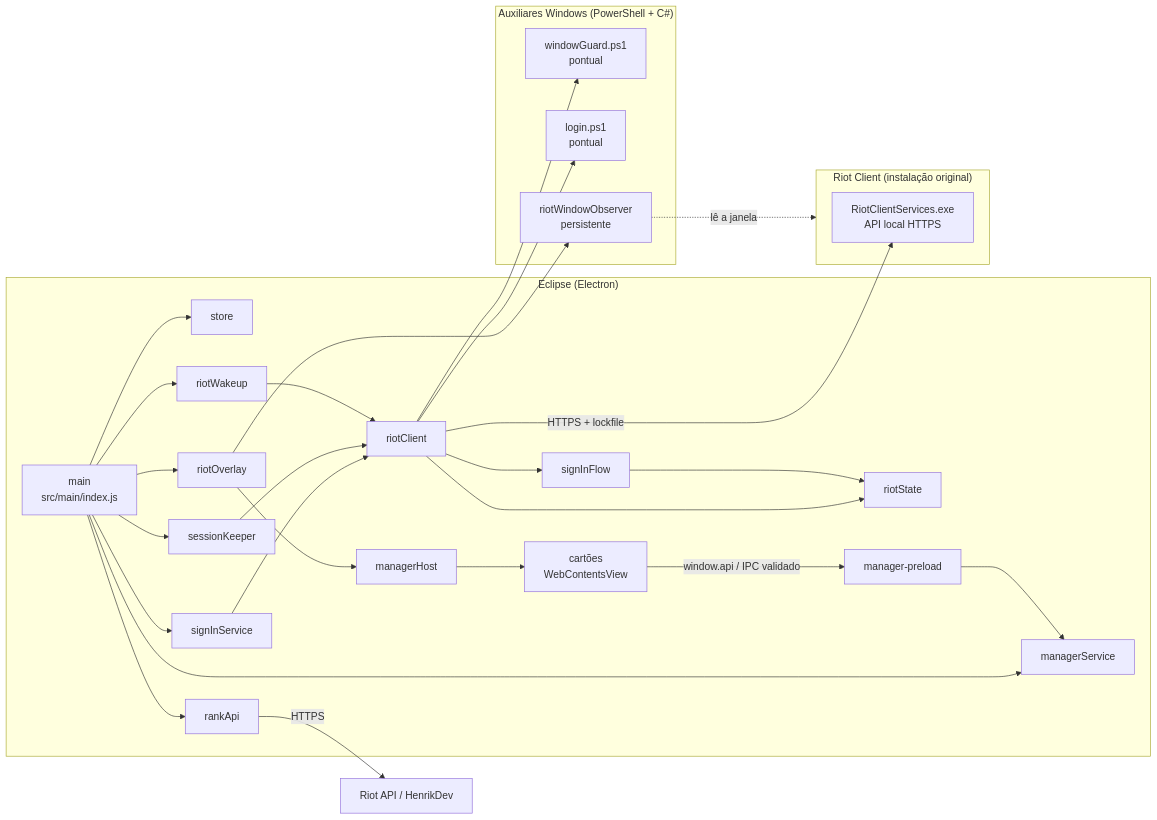
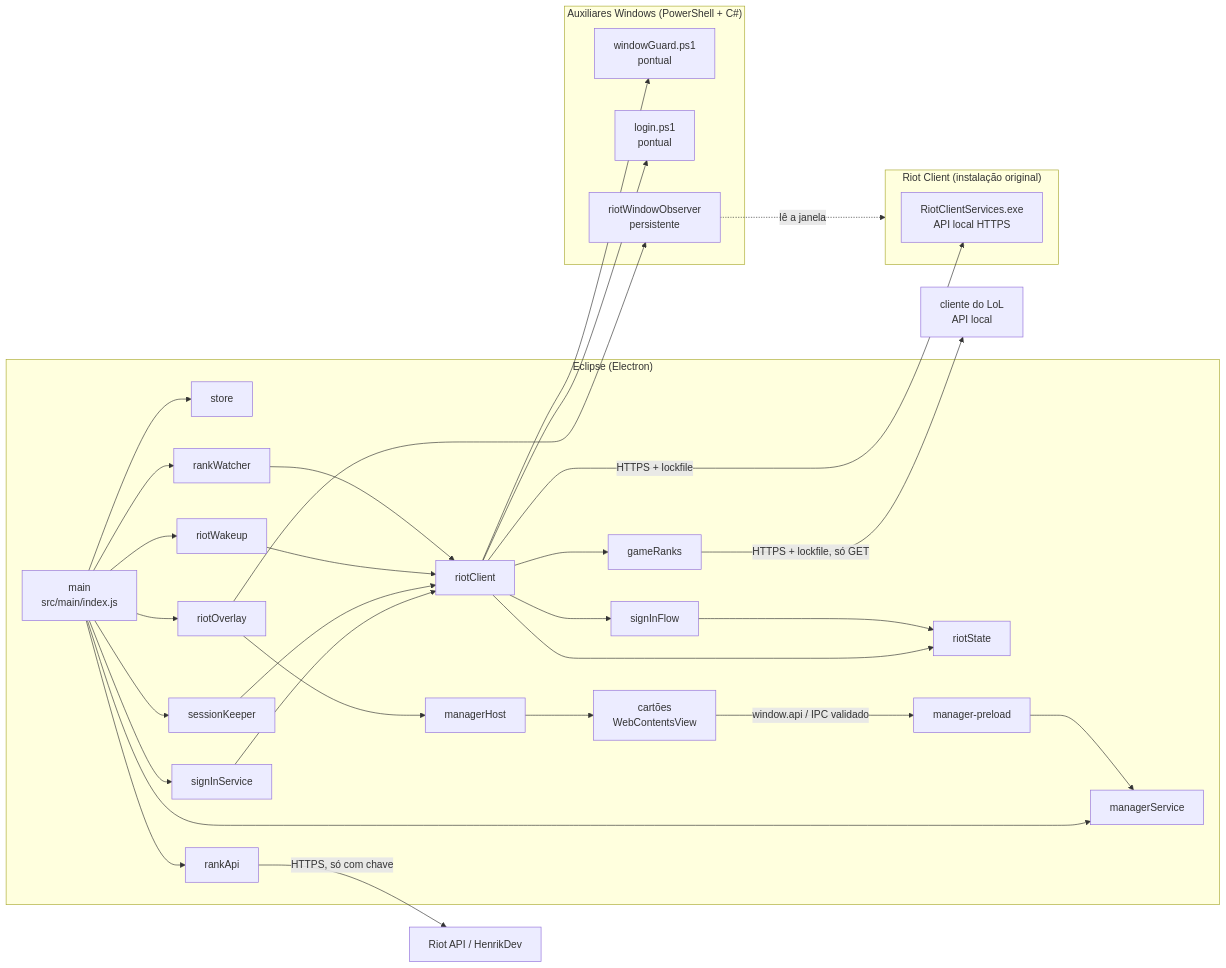
One commit to arthurmchd/eclipse changed the first of 2 diagrams in docs/02 Arquitetura/Arquitetura.md. Above: the diagram before and after it, drawn with Mermaid. The commit also changed 33 other files, not shown here.

First line of the commit message:
Lê o elo do jogo aberto, sem chave de API

````diff
--- a/docs/02 Arquitetura/Arquitetura.md
+++ b/docs/02 Arquitetura/Arquitetura.md
@@ -12,39 +12,43 @@
 ```mermaid
 flowchart LR
   subgraph Eclipse["Eclipse (Electron)"]
     M["main<br/>src/main/index.js"] --> MS[managerService]
     M --> S[store]
     M --> SS[signInService]
     M --> RA[rankApi]
     M --> SK[sessionKeeper]
     M --> WK[riotWakeup]
+    M --> RW[rankWatcher]
     M --> OV[riotOverlay]
     SS --> RC[riotClient]
     SK --> RC
     WK --> RC
+    RW --> RC
     RC --> SF[signInFlow]
     RC --> ST[riotState]
+    RC --> GR[gameRanks]
     SF --> ST
     OV --> MH[managerHost]
     MH --> V["cartões<br/>WebContentsView"]
     V -- "window.api / IPC validado" --> MP[manager-preload]
     MP --> MS
   end
 
   subgraph Windows["Auxiliares Windows (PowerShell + C#)"]
     WG["windowGuard.ps1<br/>pontual"]
     LG["login.ps1<br/>pontual"]
     OB["riotWindowObserver<br/>persistente"]
   end
 
   subgraph Riot["Riot Client (instalação original)"]
     RCS["RiotClientServices.exe<br/>API local HTTPS"]
   end
 
   RC -- "HTTPS + lockfile" --> RCS
+  GR -- "HTTPS + lockfile, só GET" --> LCU["cliente do LoL<br/>API local"]
   RC --> WG
   RC --> LG
   OV --> OB
   OB -. "lê a janela" .-> Riot
-  RA -- "HTTPS" --> APIs["Riot API / HenrikDev"]
+  RA -- "HTTPS, só com chave" --> APIs["Riot API / HenrikDev"]
 ```
````
